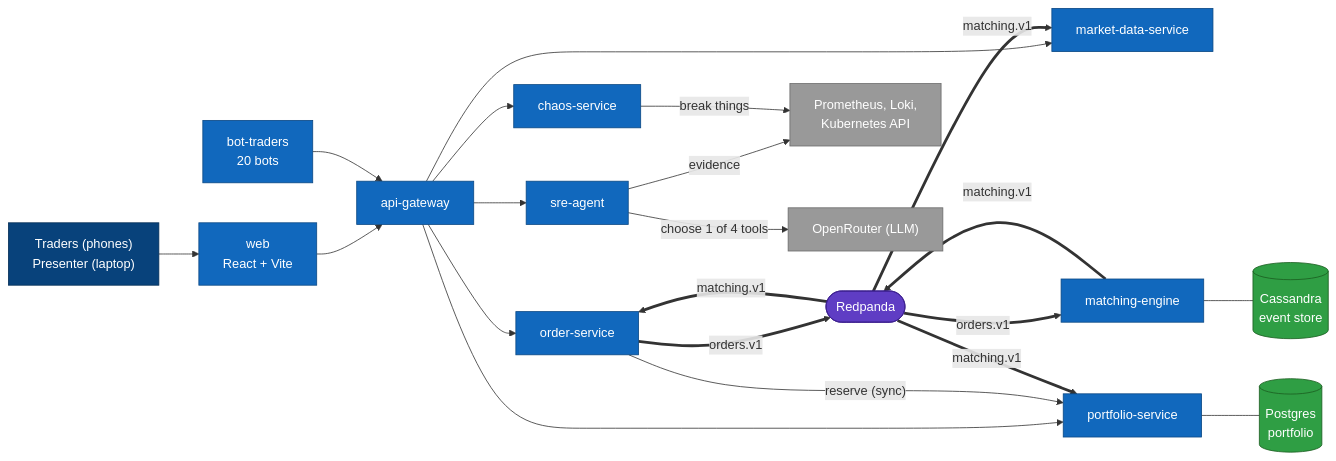
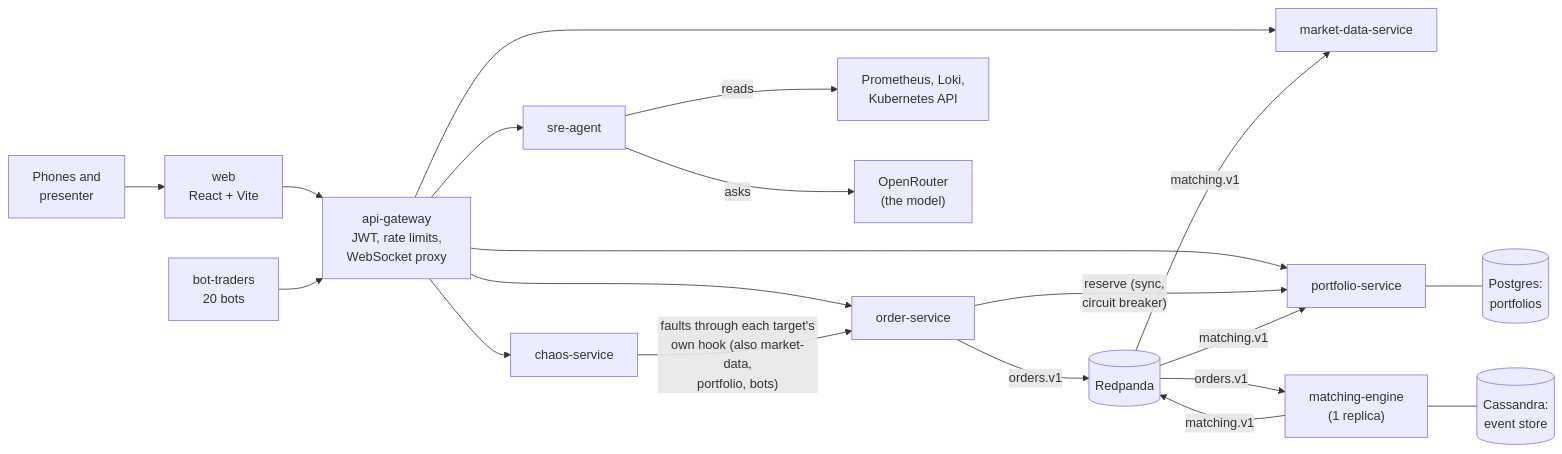
The third of 6 diagrams in README.md (Kaizer-1/CircuitBreaker), drawn with Mermaid before and after one commit. The commit also changed other lines of this file and 12 other files, not shown here.

First line of the commit message:
docs(readme): lead with the SRE agent; measured results, diagrams and fresh screenshots

````diff
--- a/README.md
+++ b/README.md
@@ -56,26 +177,21 @@
 ```mermaid
 flowchart LR
-    classDef person fill:#08427b,stroke:#052e56,color:#fff
-    classDef svc fill:#1168bd,stroke:#0b4884,color:#fff
-    classDef store fill:#2f9e44,stroke:#1b5e20,color:#fff
-    classDef bus fill:#5f3dc4,stroke:#3b1f8f,color:#fff
-    classDef ext fill:#999999,stroke:#6b6b6b,color:#fff
-
-    P["Traders (phones)<br/>Presenter (laptop)"]:::person --> WEB["web<br/>React + Vite"]:::svc --> GW["api-gateway"]:::svc
-    BT["bot-traders<br/>20 bots"]:::svc --> GW
-    GW --> OS["order-service"]:::svc
-    GW --> MD["market-data-service"]:::svc
-    GW --> PS["portfolio-service"]:::svc
-    GW --> SA["sre-agent"]:::svc
-    GW --> CH["chaos-service"]:::svc
-    OS -- "reserve (sync)" --> PS
-    OS == "orders.v1" ==> RP(["Redpanda"]):::bus
-    RP == "orders.v1" ==> ME["matching-engine"]:::svc
-    ME == "matching.v1" ==> RP
-    RP == "matching.v1" ==> MD & PS & OS
-    ME --- ES[("Cassandra<br/>event store")]:::store
-    PS --- PG[("Postgres<br/>portfolio")]:::store
-    SA -- "evidence" --> OBS["Prometheus, Loki,<br/>Kubernetes API"]:::ext
-    SA -- "choose 1 of 4 tools" --> LLM["OpenRouter (LLM)"]:::ext
-    CH -- "break things" --> OBS
+    P["Phones and<br/>presenter"] --> WEB["web<br/>React + Vite"] --> GW["api-gateway<br/>JWT, rate limits,<br/>WebSocket proxy"]
+    BT["bot-traders<br/>20 bots"] --> GW
+    GW --> OS["order-service"]
+    GW --> MD["market-data-service"]
+    GW --> PS["portfolio-service"]
+    GW --> SA["sre-agent"]
+    GW --> CH["chaos-service"]
+    OS -- "reserve (sync,<br/>circuit breaker)" --> PS
+    OS -- "orders.v1" --> RP[("Redpanda")]
+    RP -- "orders.v1" --> ME["matching-engine<br/>(1 replica)"]
+    ME -- "matching.v1" --> RP
+    RP -- "matching.v1" --> MD
+    RP -- "matching.v1" --> PS
+    ME --- ES[("Cassandra:<br/>event store")]
+    PS --- PG[("Postgres:<br/>portfolios")]
+    SA -- "reads" --> OBS["Prometheus, Loki,<br/>Kubernetes API"]
+    SA -- "asks" --> LLM["OpenRouter<br/>(the model)"]
+    CH -- "faults through each target's<br/>own hook (also market-data,<br/>portfolio, bots)" --> OS
 ```
````
